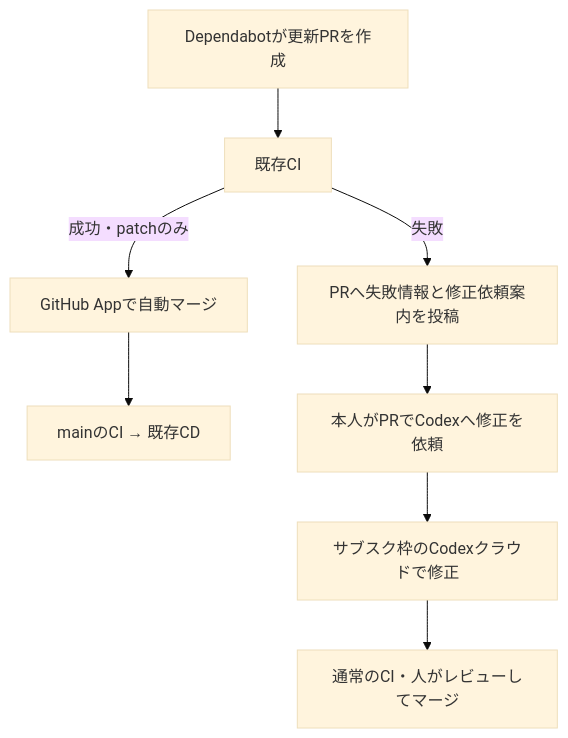
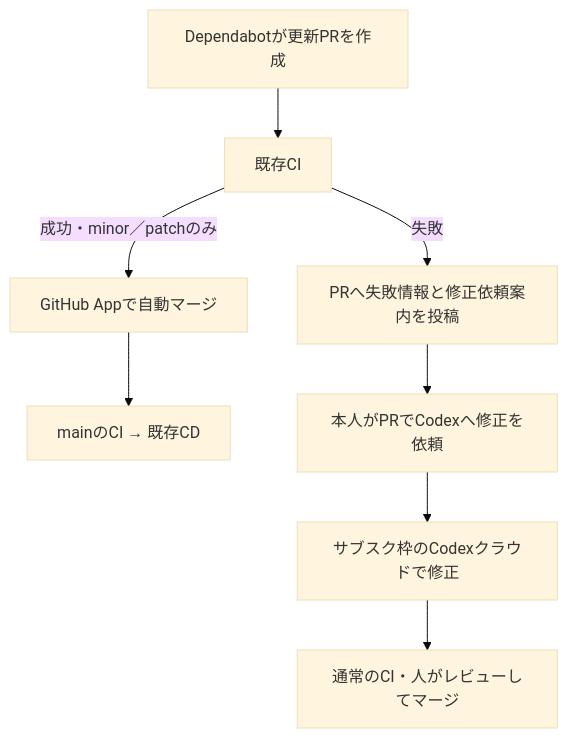
The diagram in .github/dependency-automation.md (yukiharada1228/videoq), drawn with Mermaid (base theme) before and after one commit. The commit also changed other lines of this file and 11 other files, not shown here.

````diff
--- a/.github/dependency-automation.md
+++ b/.github/dependency-automation.md
@@ -11,10 +11,10 @@
 ```mermaid
 flowchart TD
   A[Dependabotが更新PRを作成] --> B[既存CI]
-  B -->|成功・patchのみ| C[GitHub Appで自動マージ]
+  B -->|成功・minor／patchのみ| C[GitHub Appで自動マージ]
   C --> D[mainのCI → 既存CD]
   B -->|失敗| E[PRへ失敗情報と修正依頼案内を投稿]
   E --> F[本人がPRでCodexへ修正を依頼]
   F --> G[サブスク枠のCodexクラウドで修正]
   G --> H[通常のCI・人がレビューしてマージ]
 ```
````
